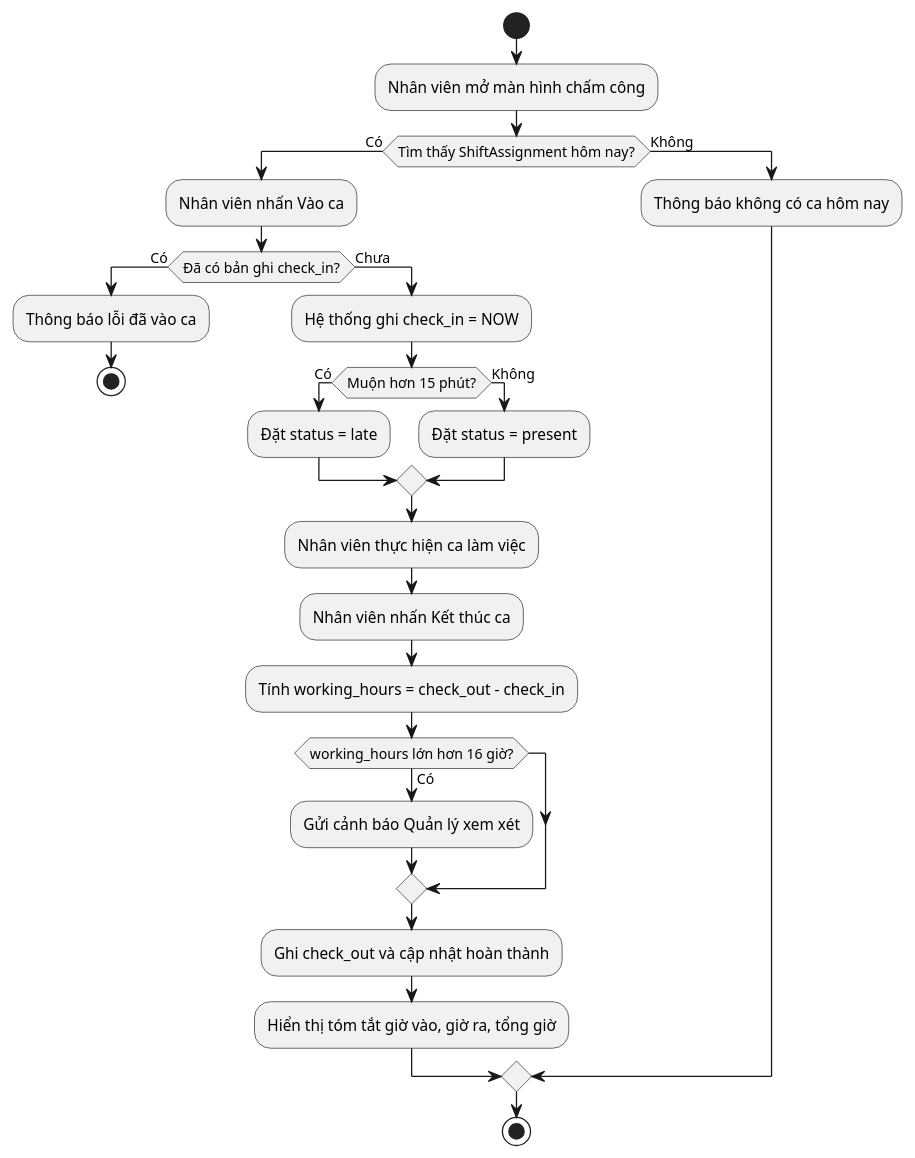
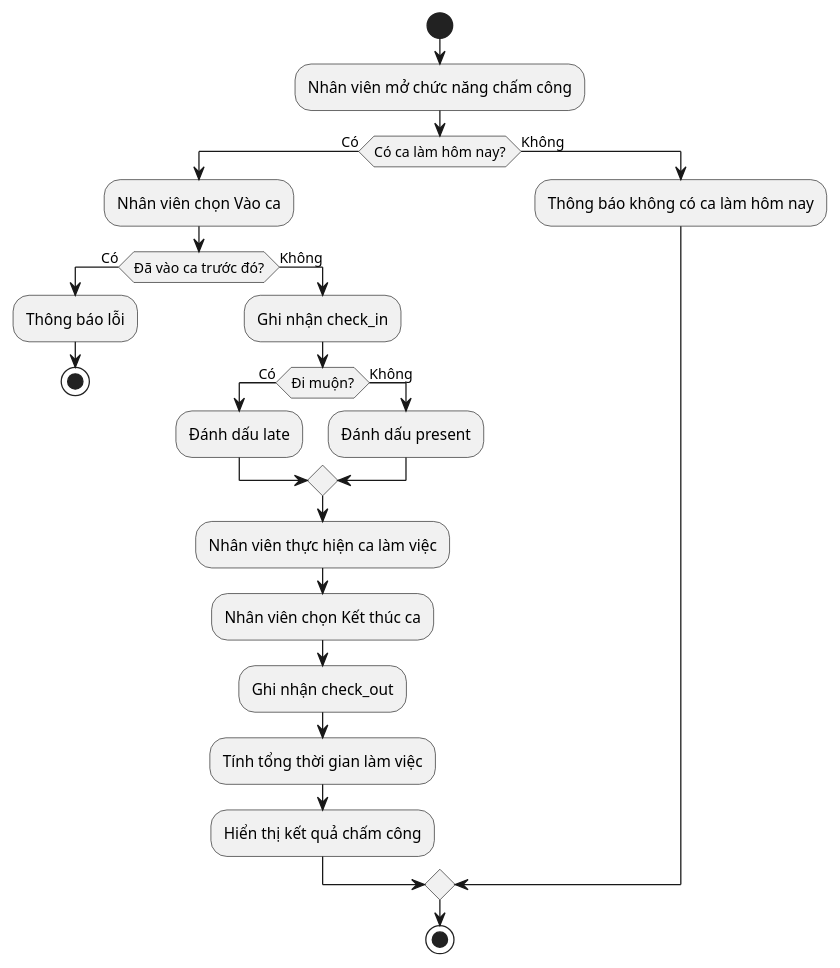
The second of 2 diagrams in chapters/Ch08_CHƯƠNG_6_NGHIÊN_CỨU_CHUYÊN_SÂU_—_USE_CA.md (Elkayee/doc-automation-suite), drawn with PlantUML before and after one commit. The commit also changed other lines of this file and 1 other file, not shown here.

````diff
--- a/chapters/Ch08_CHƯƠNG_6_NGHIÊN_CỨU_CHUYÊN_SÂU_—_USE_CA.md
+++ b/chapters/Ch08_CHƯƠNG_6_NGHIÊN_CỨU_CHUYÊN_SÂU_—_USE_CA.md
@@ -192,31 +108,28 @@
 ```plantuml
 @startuml
 start
-:Nhân viên mở màn hình chấm công;
-if (Tìm thấy ShiftAssignment hôm nay?) then (Có)
-  :Nhân viên nhấn Vào ca;
-  if (Đã có bản ghi check_in?) then (Có)
-    :Thông báo lỗi đã vào ca;
+:Nhân viên mở chức năng chấm công;
+if (Có ca làm hôm nay?) then (Có)
+  :Nhân viên chọn Vào ca;
+  if (Đã vào ca trước đó?) then (Có)
+    :Thông báo lỗi;
     stop
-  else (Chưa)
-    :Hệ thống ghi check_in = NOW;
-    if (Muộn hơn 15 phút?) then (Có)
-      :Đặt status = late;
+  else (Không)
+    :Ghi nhận check_in;
+    if (Đi muộn?) then (Có)
+      :Đánh dấu late;
     else (Không)
-      :Đặt status = present;
+      :Đánh dấu present;
     endif
     :Nhân viên thực hiện ca làm việc;
-    :Nhân viên nhấn Kết thúc ca;
-    :Tính working_hours = check_out - check_in;
-    if (working_hours lớn hơn 16 giờ?) then (Có)
-      :Gửi cảnh báo Quản lý xem xét;
-    endif
-    :Ghi check_out và cập nhật hoàn thành;
-    :Hiển thị tóm tắt giờ vào, giờ ra, tổng giờ;
+    :Nhân viên chọn Kết thúc ca;
+    :Ghi nhận check_out;
+    :Tính tổng thời gian làm việc;
+    :Hiển thị kết quả chấm công;
   endif
 else (Không)
-  :Thông báo không có ca hôm nay;
+  :Thông báo không có ca làm hôm nay;
 endif
 stop
 @enduml
 ```
````
